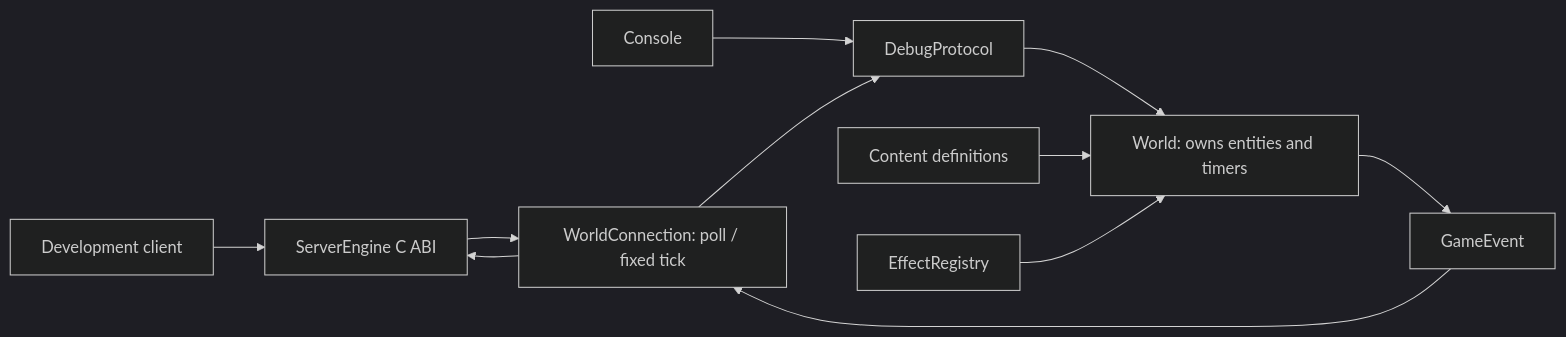
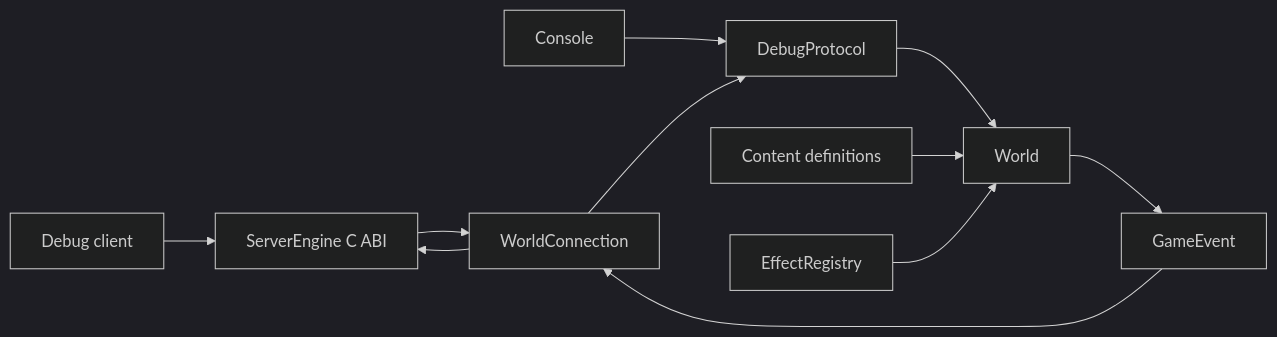
Before and after one commit to thanhst/Game-server: the diagram in docs/architecture.md, drawn with Mermaid (dark theme). The commit also changed other lines of this file and 74 other files, not shown here.

````diff
--- a/docs/architecture.md
+++ b/docs/architecture.md
@@ -21,13 +10,13 @@
 ```mermaid
 flowchart LR
-    Client[Development client] --> Engine[ServerEngine C ABI]
-    Engine --> Host[WorldConnection: poll / fixed tick]
+    Client[Debug client] --> Engine[ServerEngine C ABI]
+    Engine --> Host[WorldConnection]
     Console[Console] --> Protocol[DebugProtocol]
     Host --> Protocol
-    Protocol --> World[World: owns entities and timers]
+    Protocol --> World[World]
     Content[Content definitions] --> World
     Registry[EffectRegistry] --> World
     World --> Events[GameEvent]
     Events --> Host
     Host --> Engine
 ```
````
